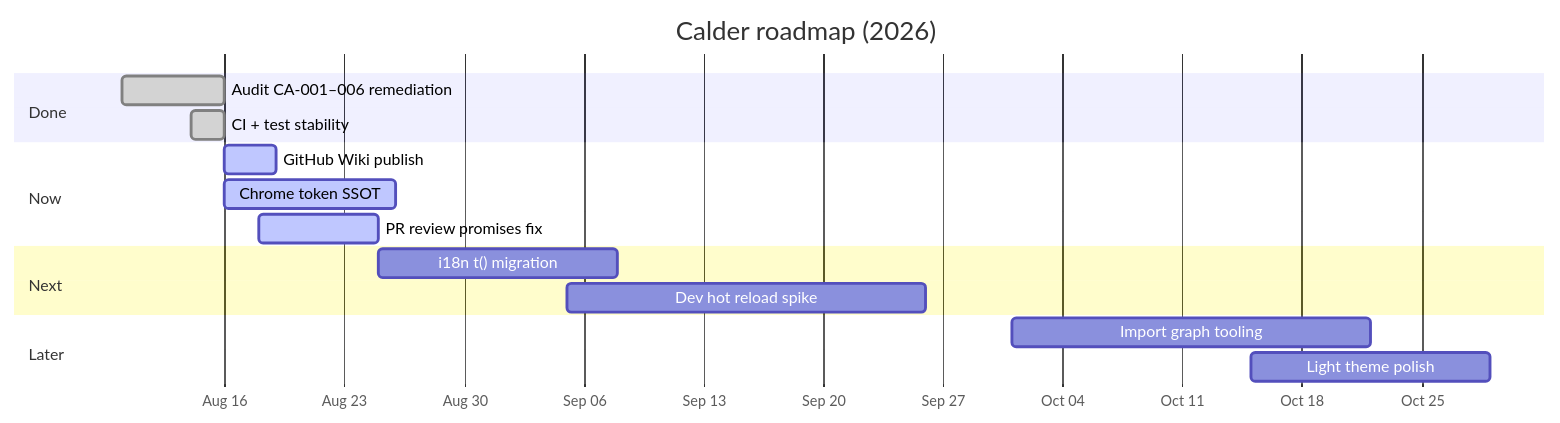
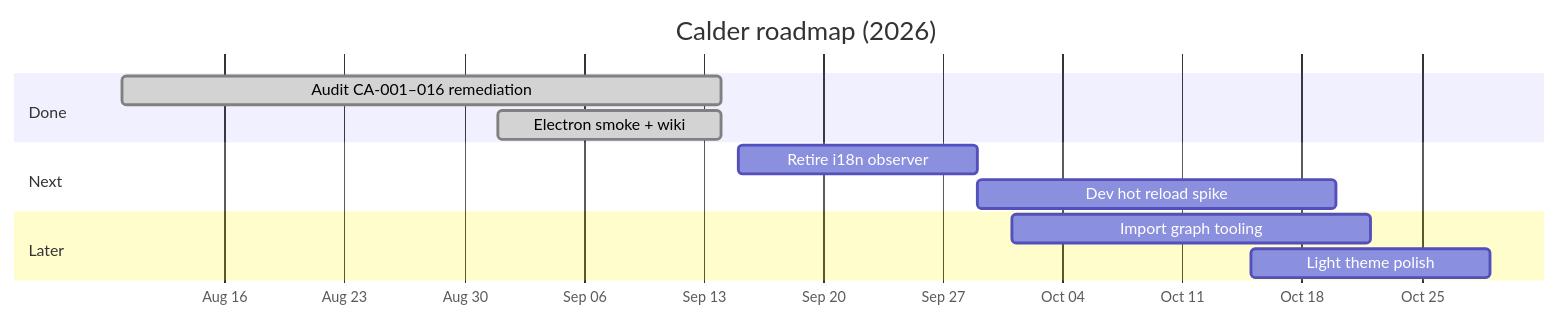
One commit to batu3384/calder changed the diagram in wiki/Roadmap.md. Above: the diagram before and after it, drawn with Mermaid. The commit also changed other lines of this file and 6 other files, not shown here.

First line of the commit message:
fix(ui): lock chrome-rail tokens and document remaining audit close-out

````diff
--- a/wiki/Roadmap.md
+++ b/wiki/Roadmap.md
@@ -59,23 +61,18 @@
 ```mermaid
 gantt
     title Calder roadmap (2026)
     dateFormat YYYY-MM-DD
     axisFormat %b %d
 
     section Done
-    Audit CA-001–006 remediation     :done, audit, 2026-08-10, 2026-08-16
-    CI + test stability              :done, ci, 2026-08-14, 2026-08-16
-
-    section Now
-    GitHub Wiki publish              :active, wiki, 2026-08-16, 3d
-    Chrome token SSOT                :active, chrome, 2026-08-16, 10d
-    PR review promises fix           :active, ca007, 2026-08-18, 7d
+    Audit CA-001–016 remediation     :done, audit, 2026-08-10, 2026-09-14
+    Electron smoke + wiki            :done, smoke, 2026-09-01, 2026-09-14
 
     section Next
-    i18n t() migration               :next1, 2026-08-25, 14d
-    Dev hot reload spike             :next2, 2026-09-05, 21d
+    Retire i18n observer             :next1, 2026-09-15, 14d
+    Dev hot reload spike             :next2, 2026-09-29, 21d
 
     section Later
     Import graph tooling             :later1, 2026-10-01, 21d
     Light theme polish               :later2, 2026-10-15, 14d
 ```
````
